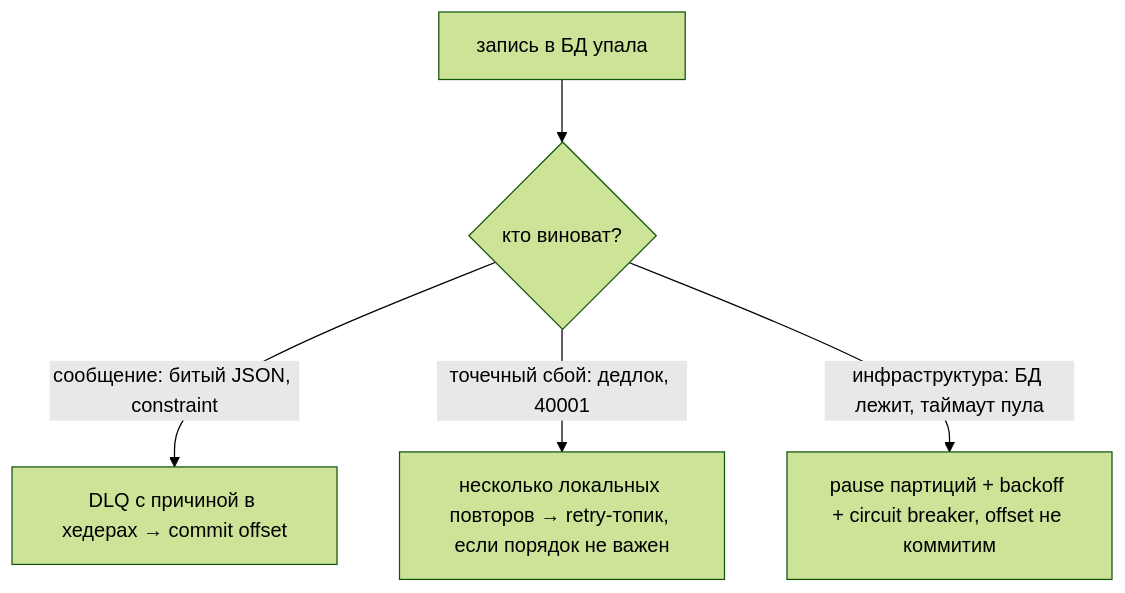
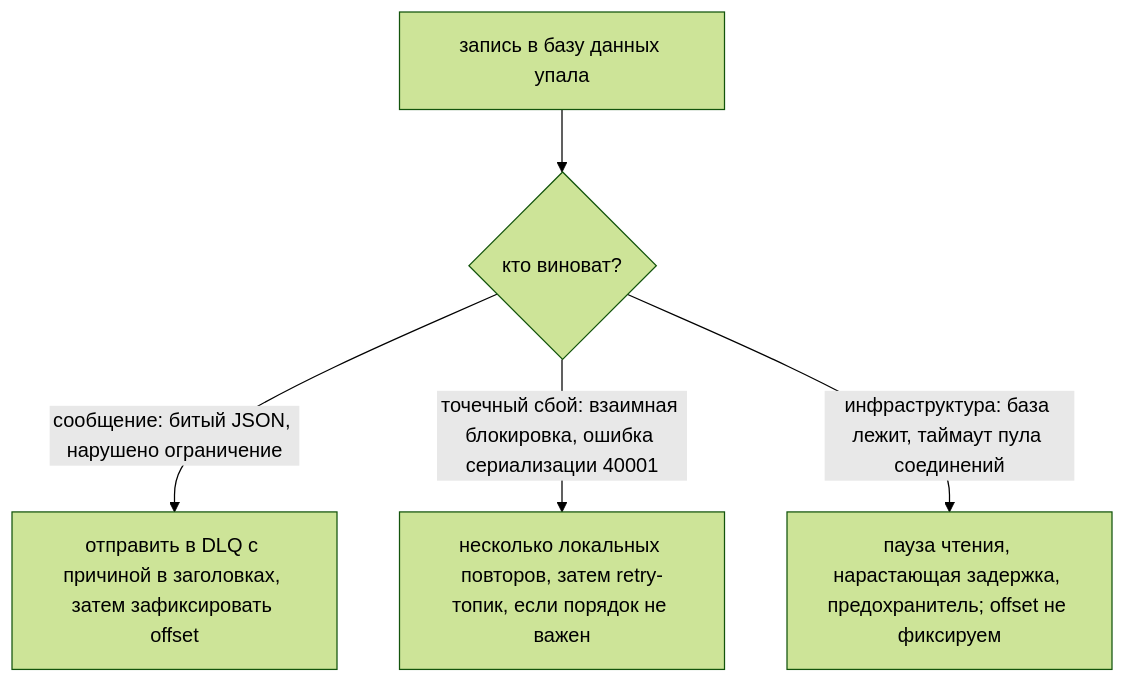
The diagram in Kafka.md (iamthen0ise/reference), drawn with Mermaid (forest theme) before and after one commit. The commit also changed other lines of this file and 9 other files, not shown here.

````diff
--- a/Kafka.md
+++ b/Kafka.md
@@ -97,7 +111,7 @@
 ```mermaid
 flowchart TD
-    e["запись в БД упала"] --> c{"кто виноват?"}
-    c -- "сообщение: битый JSON, constraint" --> p["DLQ с причиной в хедерах → commit offset"]
-    c -- "точечный сбой: дедлок, 40001" --> t["несколько локальных повторов → retry-топик, если порядок не важен"]
-    c -- "инфраструктура: БД лежит, таймаут пула" --> i["pause партиций + backoff + circuit breaker, offset не коммитим"]
+    e["запись в базу данных упала"] --> c{"кто виноват?"}
+    c -- "сообщение: битый JSON, нарушено ограничение" --> p["отправить в DLQ с причиной в заголовках, затем зафиксировать offset"]
+    c -- "точечный сбой: взаимная блокировка, ошибка сериализации 40001" --> t["несколько локальных повторов, затем retry-топик, если порядок не важен"]
+    c -- "инфраструктура: база лежит, таймаут пула соединений" --> i["пауза чтения, нарастающая задержка, предохранитель; offset не фиксируем"]
 ```
````
